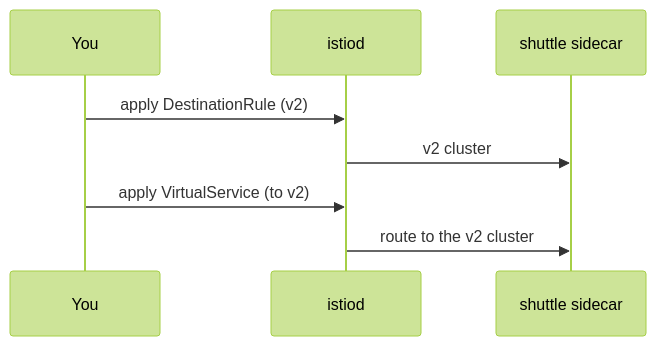
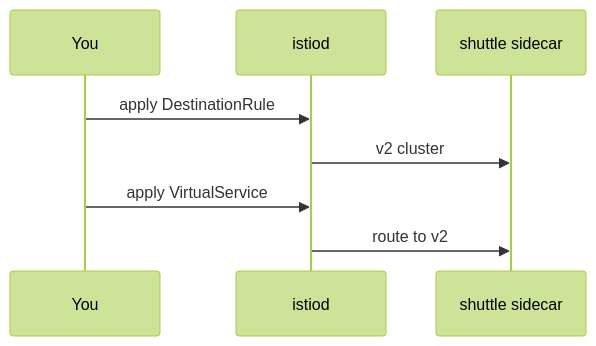
One commit to astrona-io/ATS014 changed the third of 3 diagrams in sections/section-010/module-03/course-01-the-order-to-apply-and-remove-rules.md. Above: the diagram before and after it, drawn with Mermaid (forest theme). The commit also changed other lines of this file and 813 other files, not shown here.

````diff
--- a/sections/section-010/module-03/course-01-the-order-to-apply-and-remove-rules.md
+++ b/sections/section-010/module-03/course-01-the-order-to-apply-and-remove-rules.md
@@ -54,10 +52,10 @@
 ```mermaid
 sequenceDiagram
     participant You
     participant I as istiod
     participant S as shuttle sidecar
-    You->>I: apply DestinationRule (v2)
+    You->>I: apply DestinationRule
     I->>S: v2 cluster
-    You->>I: apply VirtualService (to v2)
-    I->>S: route to the v2 cluster
+    You->>I: apply VirtualService
+    I->>S: route to v2
 ```
````
